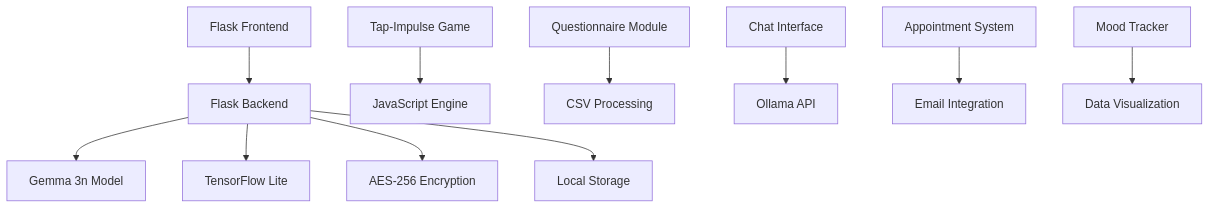
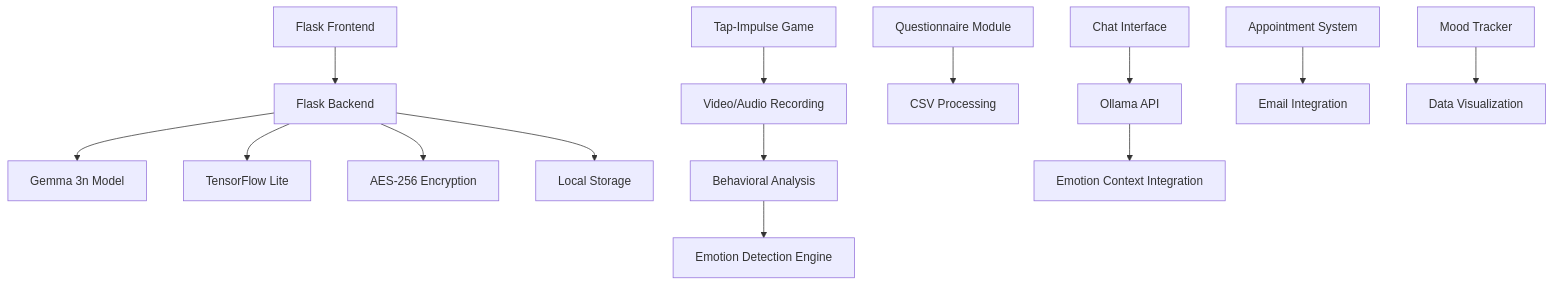
Before and after one commit to vinayak1729-web/Chikitsa_lite: the diagram in readme.md, drawn with Mermaid. The commit also changed other lines of this file, not shown here.

````diff
--- a/readme.md
+++ b/readme.md
@@ -159,15 +181,19 @@
 ```mermaid
 graph TB
     A[Flask Frontend] --> B[Flask Backend]
     B --> C[Gemma 3n Model]
     B --> D[TensorFlow Lite]
     B --> E[AES-256 Encryption]
     B --> F[Local Storage]
     
-    G[Tap-Impulse Game] --> H[JavaScript Engine]
-    I[Questionnaire Module] --> J[CSV Processing]
-    K[Chat Interface] --> L[Ollama API]
+    G[Tap-Impulse Game] --> H[Video/Audio Recording]
+    H --> I[Behavioral Analysis]
+    I --> J[Emotion Detection Engine]
     
-    M[Appointment System] --> N[Email Integration]
-    O[Mood Tracker] --> P[Data Visualization]
+    K[Questionnaire Module] --> L[CSV Processing]
+    M[Chat Interface] --> N[Ollama API]
+    N --> O[Emotion Context Integration]
+    
+    P[Appointment System] --> Q[Email Integration]
+    R[Mood Tracker] --> S[Data Visualization]
 ```
````
